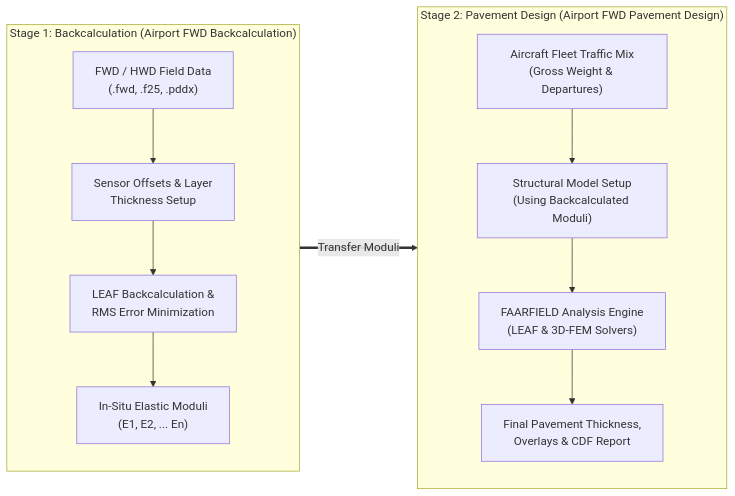
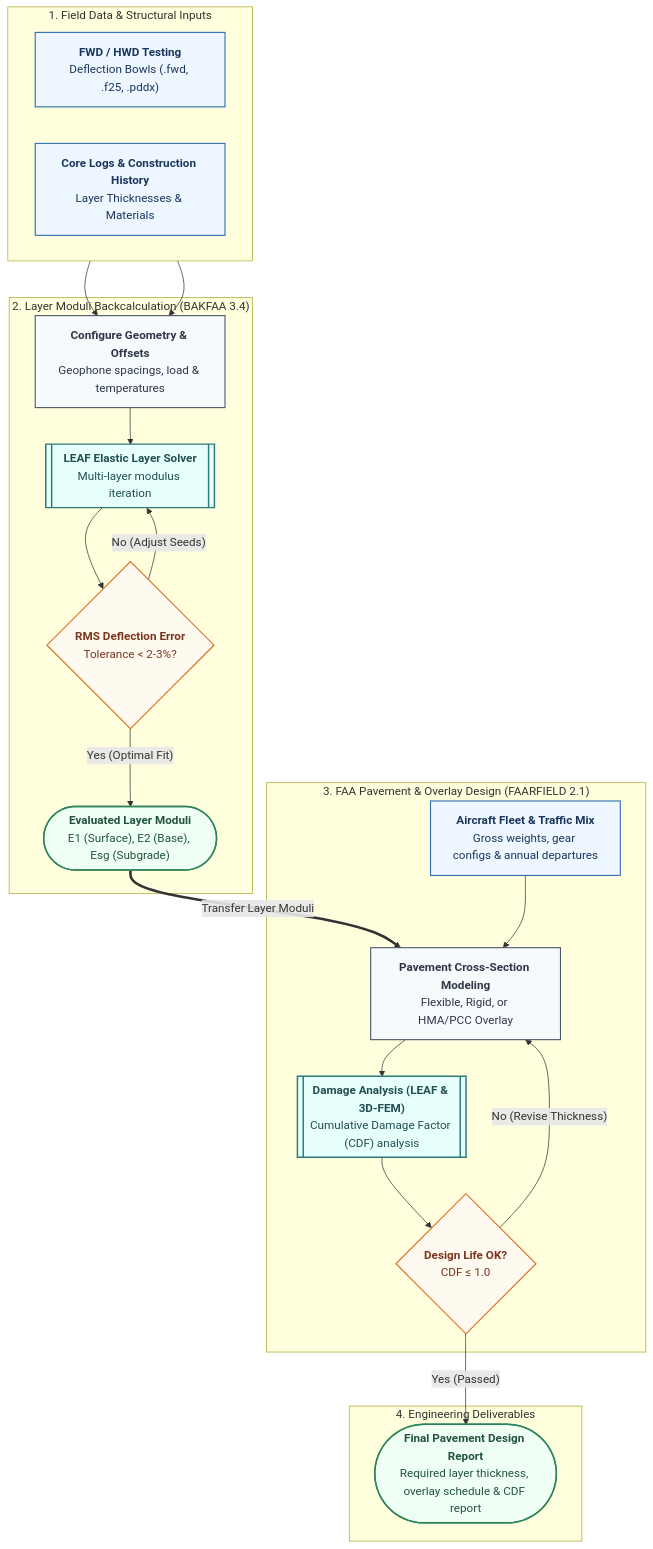
Before and after one commit to sahilyadav-01/airport-fwd-data-analyzer: the diagram in README.md, drawn with Mermaid. The commit also changed 1 other file, not shown here.

Commit message:
docs: update engineering workflow flowchart in README and refresh checksum

````diff
--- a/README.md
+++ b/README.md
@@ -139,18 +139,54 @@
 ```mermaid
-flowchart LR
-    subgraph S1 ["Stage 1: Backcalculation (Airport FWD Backcalculation)"]
-        direction TB
-        A["FWD / HWD Field Data<br/>(.fwd, .f25, .pddx)"] --> B["Sensor Offsets & Layer<br/>Thickness Setup"]
-        B --> C["LEAF Backcalculation &<br/>RMS Error Minimization"]
-        C --> D["In-Situ Elastic Moduli<br/>(E1, E2, ... En)"]
+flowchart TD
+    %% Styling
+    classDef input fill:#EEF6FF,stroke:#2B6CB0,stroke-width:1.5px,color:#1A365D;
+    classDef process fill:#F7FAFC,stroke:#4A5568,stroke-width:1.5px,color:#2D3748;
+    classDef engine fill:#E6FFFA,stroke:#2C7A7B,stroke-width:2px,color:#234E52;
+    classDef decision fill:#FFFAF0,stroke:#DD6B20,stroke-width:1.5px,color:#7B341E;
+    classDef output fill:#F0FFF4,stroke:#2F855A,stroke-width:2px,color:#22543D;
+
+    subgraph Inputs [" 1. Field Data & Structural Inputs "]
+        direction LR
+        A["<b>FWD / HWD Testing</b><br/>Deflection Bowls (.fwd, .f25, .pddx)"]
+        B["<b>Core Logs & Construction History</b><br/>Layer Thicknesses & Materials"]
     end
 
-    subgraph S2 ["Stage 2: Pavement Design (Airport FWD Pavement Design)"]
-        direction TB
-        E["Aircraft Fleet Traffic Mix<br/>(Gross Weight & Departures)"] --> F["Structural Model Setup<br/>(Using Backcalculated Moduli)"]
-        F --> G["FAARFIELD Analysis Engine<br/>(LEAF & 3D-FEM Solvers)"]
-        G --> H["Final Pavement Thickness,<br/>Overlays & CDF Report"]
+    subgraph Backcalc [" 2. Layer Moduli Backcalculation (BAKFAA 3.4) "]
+        C["<b>Configure Geometry & Offsets</b><br/>Geophone spacings, load & temperatures"]
+        D[["<b>LEAF Elastic Layer Solver</b><br/>Multi-layer modulus iteration"]]
+        E{"<b>RMS Deflection Error</b><br/>Tolerance &lt; 2-3%?"}
+        F(["<b>Evaluated Layer Moduli</b><br/>E1 (Surface), E2 (Base), Esg (Subgrade)"])
     end
 
-    D ==>|"Transfer Moduli"| F
+    subgraph Design [" 3. FAA Pavement & Overlay Design (FAARFIELD 2.1) "]
+        G["<b>Aircraft Fleet & Traffic Mix</b><br/>Gross weights, gear configs & annual departures"]
+        H["<b>Pavement Cross-Section Modeling</b><br/>Flexible, Rigid, or HMA/PCC Overlay"]
+        I[["<b>Damage Analysis (LEAF & 3D-FEM)</b><br/>Cumulative Damage Factor (CDF) analysis"]]
+        J{"<b>Design Life OK?</b><br/>CDF &le; 1.0"}
+    end
+
+    subgraph Output [" 4. Engineering Deliverables "]
+        K(["<b>Final Pavement Design Report</b><br/>Required layer thickness, overlay schedule & CDF report"])
+    end
+
+    %% Connections
+    A --> C
+    B --> C
+    C --> D
+    D --> E
+    E -- "No (Adjust Seeds)" --> D
+    E -- "Yes (Optimal Fit)" --> F
+
+    F ==>|"Transfer Layer Moduli"| H
+    G --> H
+    H --> I
+    I --> J
+    J -- "No (Revise Thickness)" --> H
+    J -- "Yes (Passed)" --> K
+
+    class A,B,G input;
+    class C,H process;
+    class D,I engine;
+    class E,J decision;
+    class F,K output;
 ```
````
